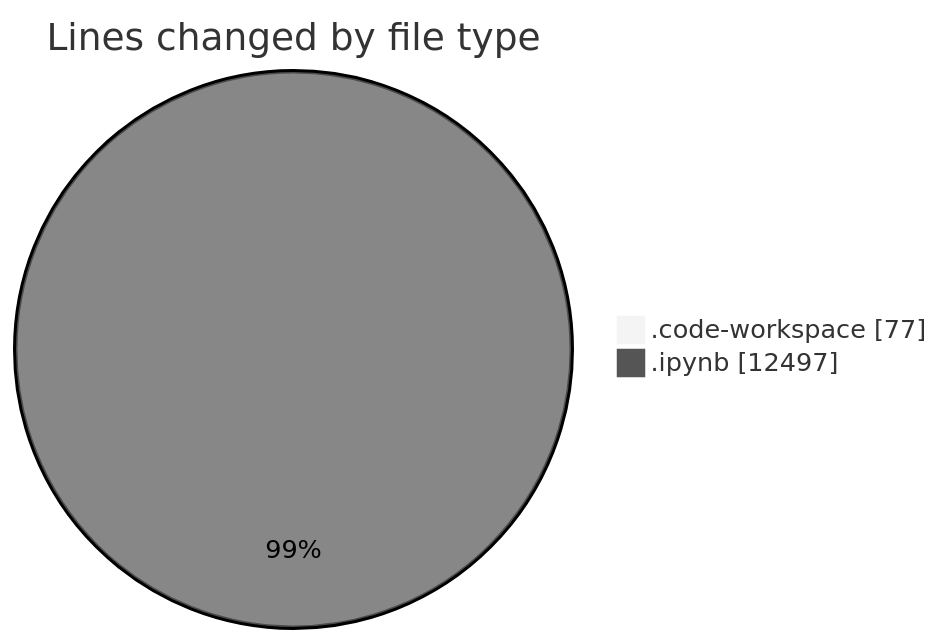
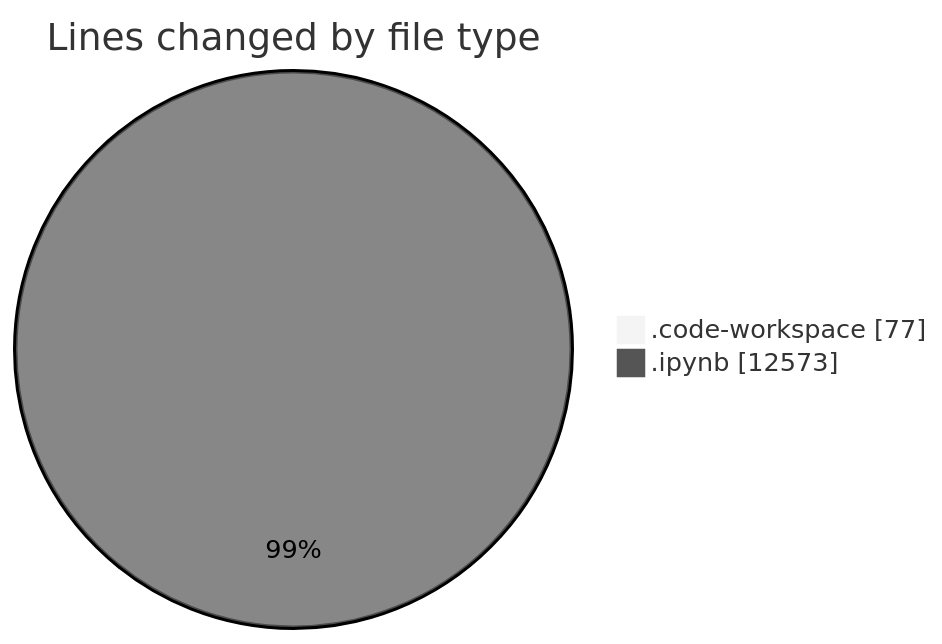
One commit to MatusMokan/code-tracking changed the first of 2 diagrams in 2025-03-14/myws__workspace_/README.md. Above: the diagram before and after it, drawn with Mermaid (neutral theme). The commit also changed other lines of this file and 1 other file, not shown here.

````diff
--- a/2025-03-14/myws__workspace_/README.md
+++ b/2025-03-14/myws__workspace_/README.md
@@ -21,6 +21,6 @@
 ```mermaid
 pie showData
 title Lines changed by file type
 ".code-workspace" : 77
-".ipynb" : 12497
+".ipynb" : 12573
 ```
````
